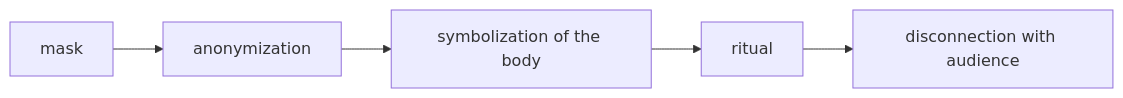
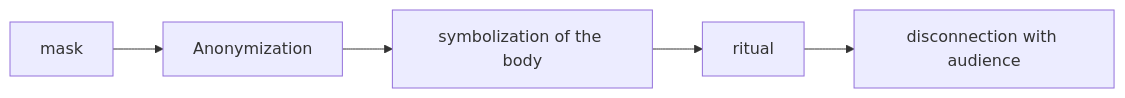
One commit to monumental-movement/monumental-movement.github.io changed the third of 4 diagrams in en/_posts/2026-04-18-column-caroliner.md. Above: the diagram before and after it, drawn with Mermaid. The commit also changed other lines of this file and 445 other files, not shown here.

```diff
--- a/en/_posts/2026-04-18-column-caroliner.md
+++ b/en/_posts/2026-04-18-column-caroliner.md
@@ -136,7 +136,7 @@
 <div class="mermaid">
 flowchart LR
-A[mask] --> B[anonymization]
+A[mask] --> B[Anonymization]
 B --> C[symbolization of the body]
 C --> D[ritual]
 D --> E[disconnection with audience]
 </div>
```
